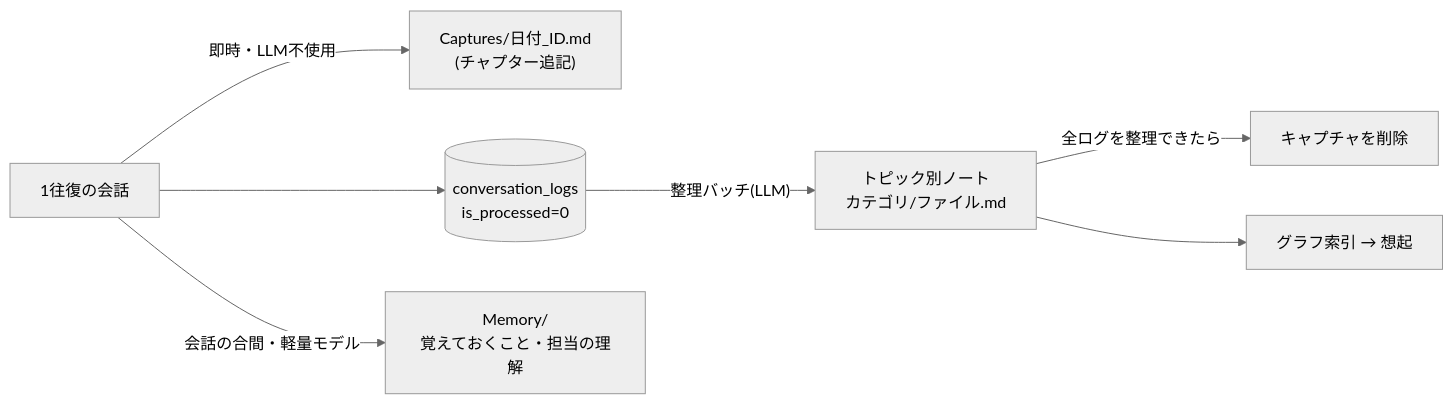
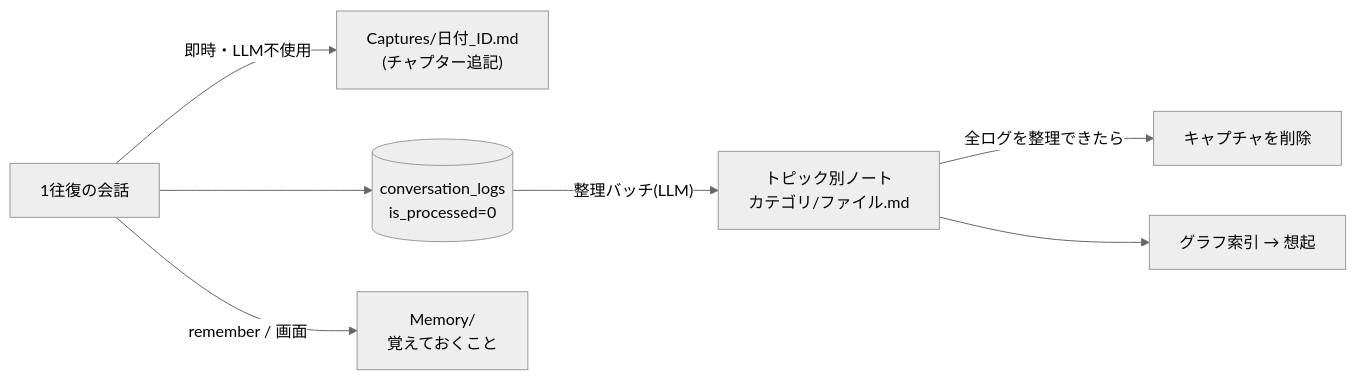
Before and after one commit to long-in/MyAssistant: the first of 2 diagrams in docs/knowledge.md, drawn with Mermaid (neutral theme). The commit also changed other lines of this file and 23 other files, not shown here.

````diff
--- a/docs/knowledge.md
+++ b/docs/knowledge.md
@@ -7,9 +7,9 @@
 ```mermaid
 flowchart LR
   T["1往復の会話"] -->|"即時・LLM不使用"| C["Captures/日付_ID.md<br/>(チャプター追記)"]
   T --> DB[("conversation_logs<br/>is_processed=0")]
   DB -->|"整理バッチ(LLM)"| N["トピック別ノート<br/>カテゴリ/ファイル.md"]
   N -->|"全ログを整理できたら"| X["キャプチャを削除"]
   N --> G["グラフ索引 → 想起"]
-  T -->|"会話の合間・軽量モデル"| M["Memory/<br/>覚えておくこと・担当の理解"]
+  T -->|"remember / 画面"| M["Memory/<br/>覚えておくこと"]
 ```
````
